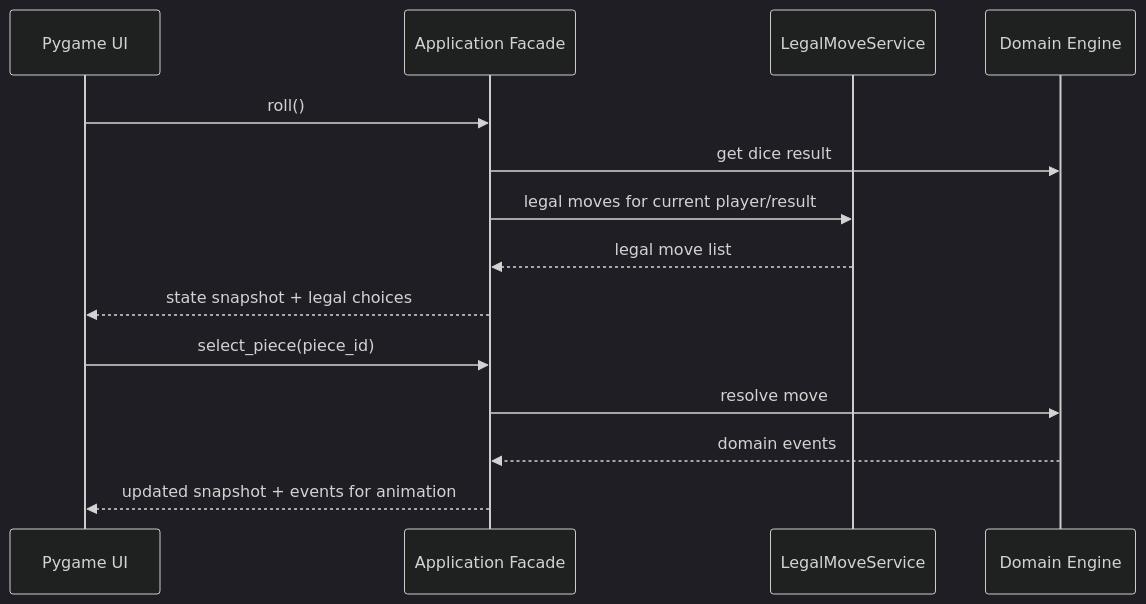
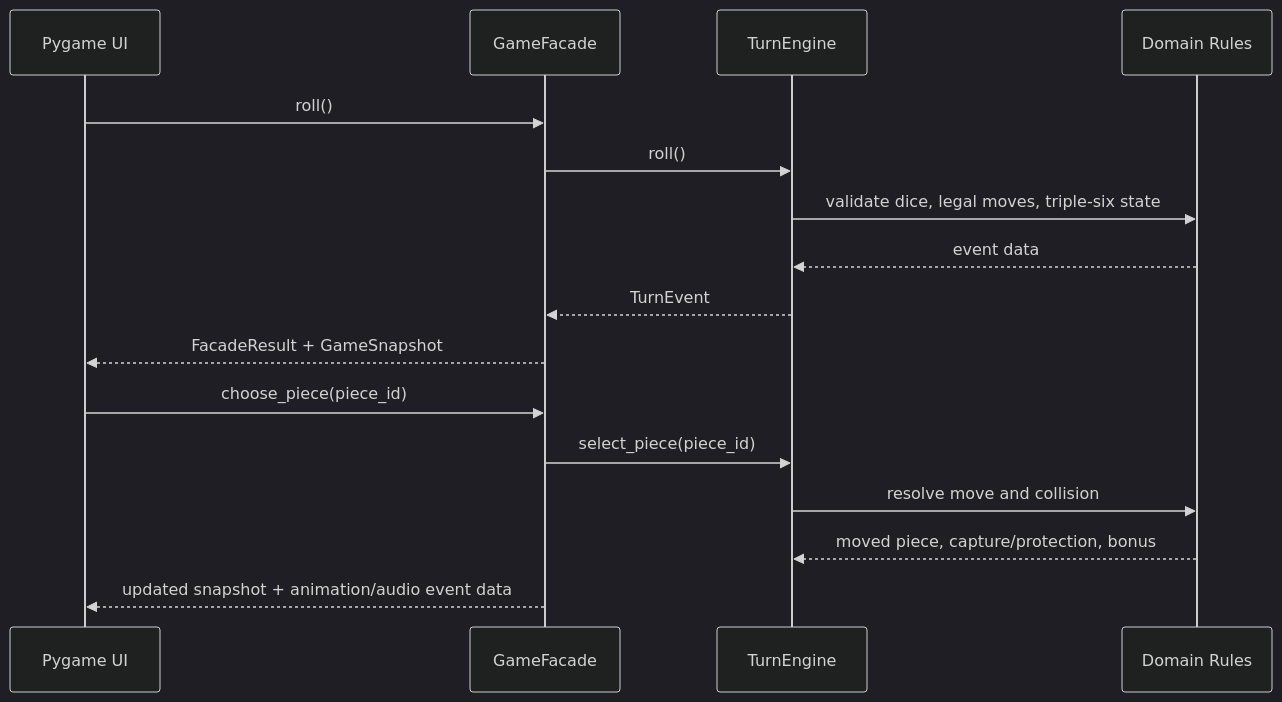
The fourth of 4 diagrams in docs/PLAN.md (bitarfahed/Ludo-game), drawn with Mermaid (dark theme) before and after one commit. The commit also changed other lines of this file and 7 other files, not shown here.

Commit message:
Update documentation to current game state

````diff
--- a/docs/PLAN.md
+++ b/docs/PLAN.md
@@ -221,17 +224,19 @@
 ```mermaid
 sequenceDiagram
     participant UI as Pygame UI
-    participant App as Application Facade
-    participant Rules as LegalMoveService
-    participant Domain as Domain Engine
+    participant App as GameFacade
+    participant Turns as TurnEngine
+    participant Domain as Domain Rules
 
     UI->>App: roll()
-    App->>Domain: get dice result
-    App->>Rules: legal moves for current player/result
-    Rules-->>App: legal move list
-    App-->>UI: state snapshot + legal choices
-    UI->>App: select_piece(piece_id)
-    App->>Domain: resolve move
-    Domain-->>App: domain events
-    App-->>UI: updated snapshot + events for animation
+    App->>Turns: roll()
+    Turns->>Domain: validate dice, legal moves, triple-six state
+    Domain-->>Turns: event data
+    Turns-->>App: TurnEvent
+    App-->>UI: FacadeResult + GameSnapshot
+    UI->>App: choose_piece(piece_id)
+    App->>Turns: select_piece(piece_id)
+    Turns->>Domain: resolve move and collision
+    Domain-->>Turns: moved piece, capture/protection, bonus
+    App-->>UI: updated snapshot + animation/audio event data
 ```
````
